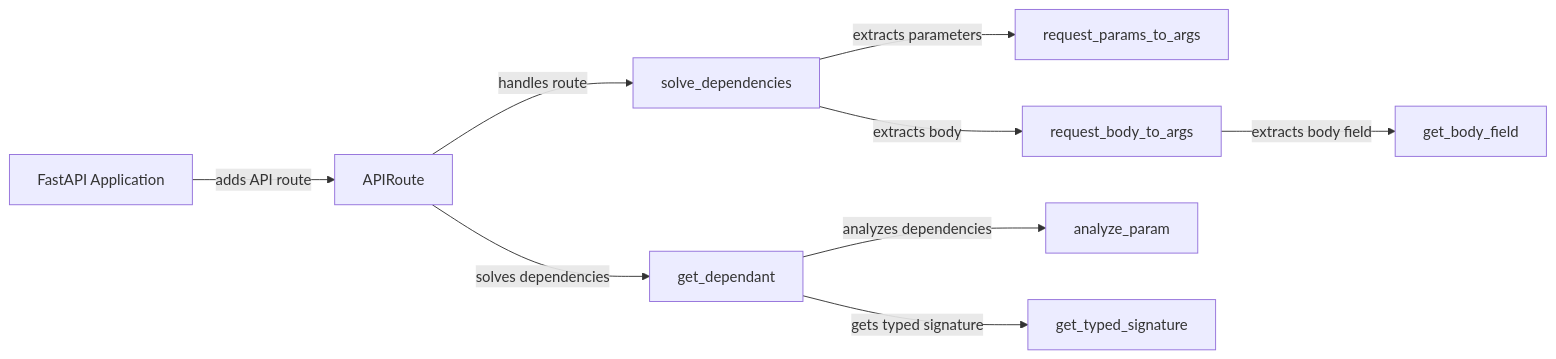
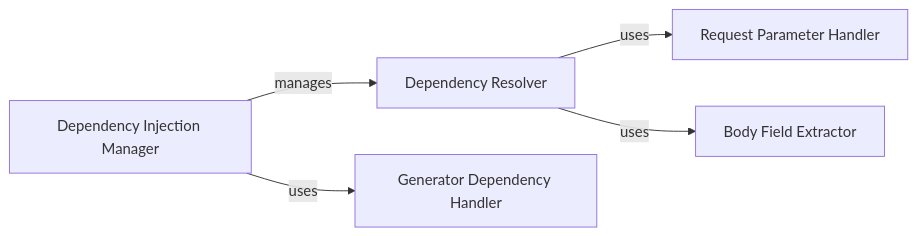
One commit to CodeBoarding/GeneratedOnBoardings changed the diagram in fastapi/Dependency Injection.md. Above: the diagram before and after it, drawn with Mermaid. The commit also changed other lines of this file and 15 other files, not shown here.

````diff
--- a/fastapi/Dependency Injection.md
+++ b/fastapi/Dependency Injection.md
@@ -1,20 +1,12 @@
 ```mermaid
 graph LR
-    FastAPI_Application["FastAPI Application"]
-    APIRoute["APIRoute"]
-    get_dependant["get_dependant"]
-    solve_dependencies["solve_dependencies"]
-    request_params_to_args["request_params_to_args"]
-    request_body_to_args["request_body_to_args"]
-    get_body_field["get_body_field"]
-    analyze_param["analyze_param"]
-    get_typed_signature["get_typed_signature"]
-    FastAPI_Application -- "adds API route" --> APIRoute
-    APIRoute -- "handles route" --> solve_dependencies
-    APIRoute -- "solves dependencies" --> get_dependant
-    get_dependant -- "analyzes dependencies" --> analyze_param
-    get_dependant -- "gets typed signature" --> get_typed_signature
-    solve_dependencies -- "extracts parameters" --> request_params_to_args
-    solve_dependencies -- "extracts body" --> request_body_to_args
-    request_body_to_args -- "extracts body field" --> get_body_field
+    Dependency_Injection_Manager["Dependency Injection Manager"]
+    Dependency_Resolver["Dependency Resolver"]
+    Request_Parameter_Handler["Request Parameter Handler"]
+    Body_Field_Extractor["Body Field Extractor"]
+    Generator_Dependency_Handler["Generator Dependency Handler"]
+    Dependency_Injection_Manager -- "manages" --> Dependency_Resolver
+    Dependency_Injection_Manager -- "uses" --> Generator_Dependency_Handler
+    Dependency_Resolver -- "uses" --> Request_Parameter_Handler
+    Dependency_Resolver -- "uses" --> Body_Field_Extractor
 ```
````
